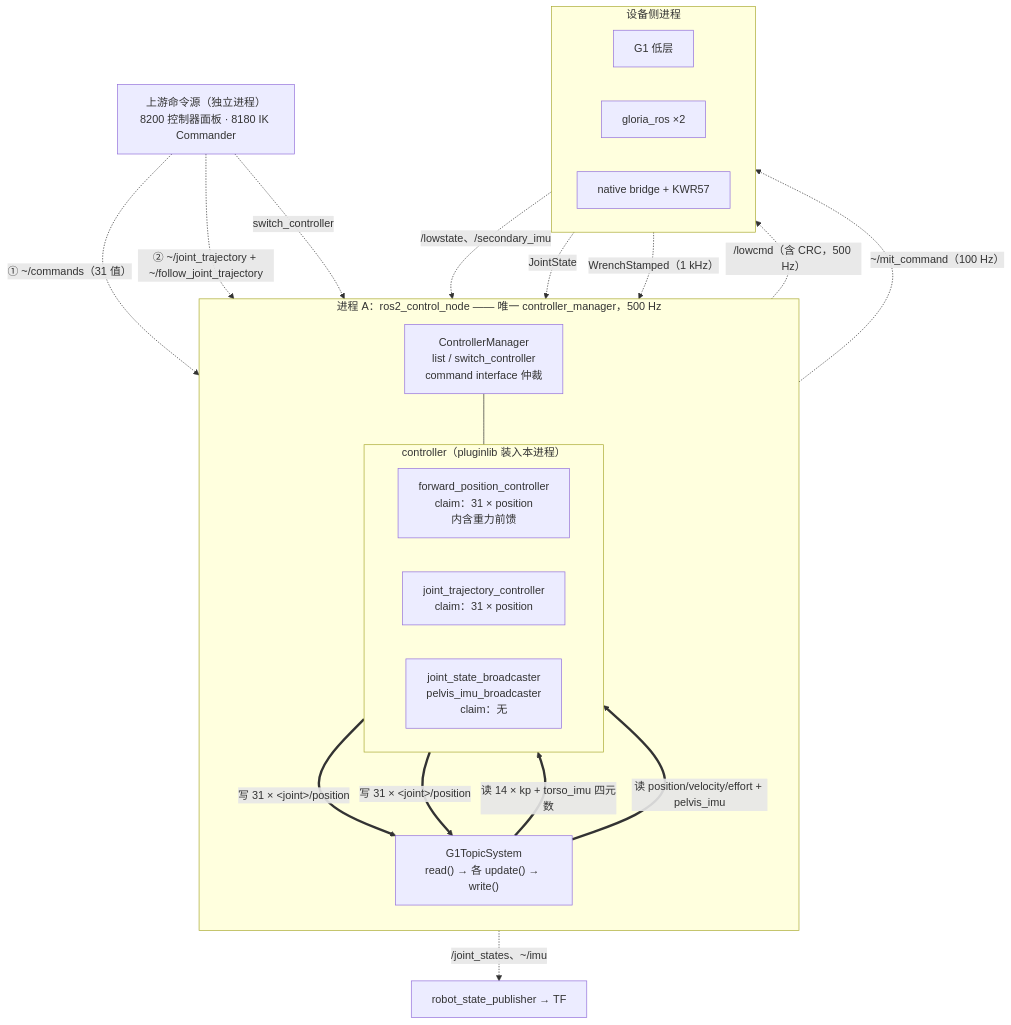
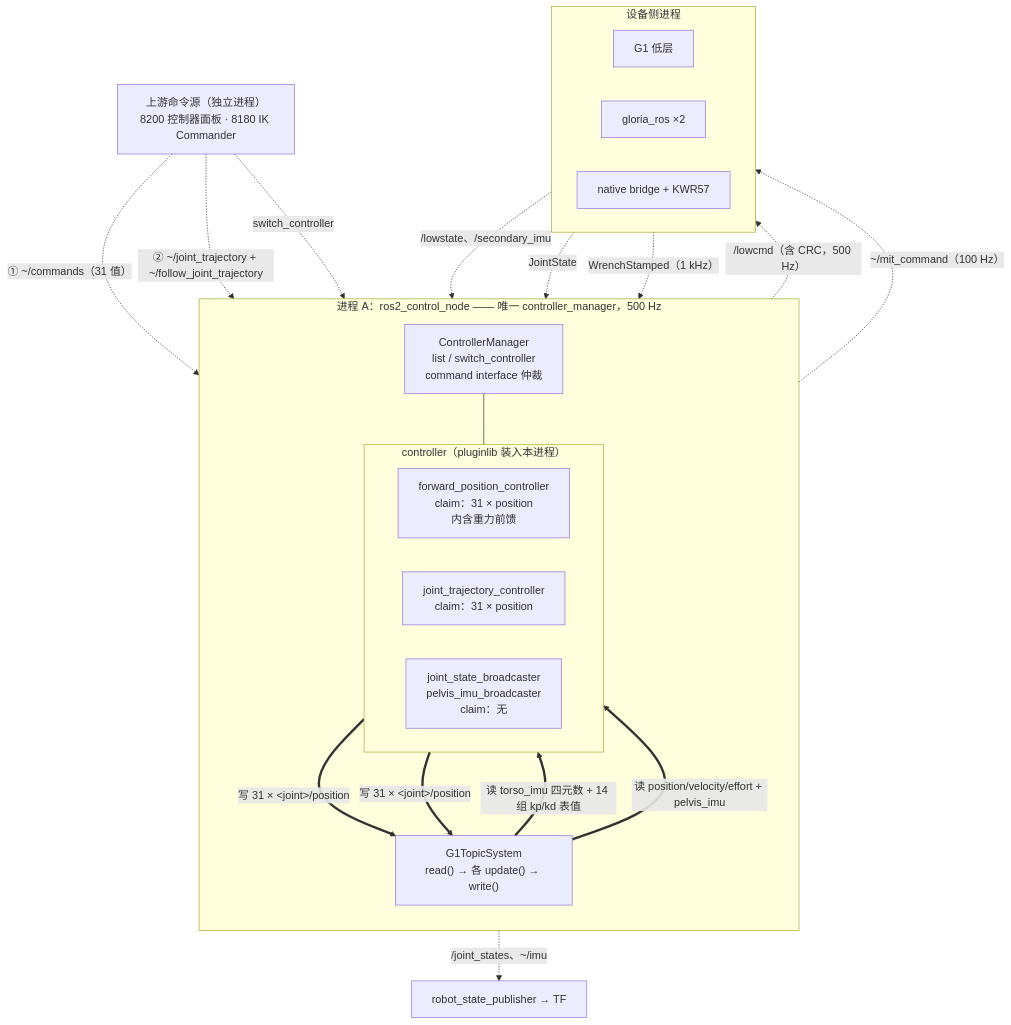
The first of 3 diagrams in src/unitree_g1_ros2_control/README.md (yizhongzhang1989/Unitree_G1_Workspace), drawn with Mermaid before and after one commit. The commit also changed other lines of this file and 48 other files, not shown here.

````diff
--- a/src/unitree_g1_ros2_control/README.md
+++ b/src/unitree_g1_ros2_control/README.md
@@ -34,42 +34,42 @@
 ```mermaid
 flowchart TB
   UP["上游命令源（独立进程）<br/>8200 控制器面板 · 8180 IK Commander"]
 
   subgraph P1["进程 A：ros2_control_node —— 唯一 controller_manager，500 Hz"]
     direction TB
     CM["ControllerManager<br/>list / switch_controller<br/>command interface 仲裁"]
     subgraph CTRL["controller（pluginlib 装入本进程）"]
       direction LR
       FPC["forward_position_controller<br/>claim：31 × position<br/>内含重力前馈"]
       JTC["joint_trajectory_controller<br/>claim：31 × position"]
       BC["joint_state_broadcaster<br/>pelvis_imu_broadcaster<br/>claim：无"]
     end
     HW["G1TopicSystem<br/>read() → 各 update() → write()"]
   end
 
   subgraph DEV["设备侧进程"]
     direction LR
     G1["G1 低层"]
     GLO["gloria_ros ×2"]
     BRG["native bridge + KWR57"]
   end
 
   RSP["robot_state_publisher → TF"]
 
   UP -. "① ~/commands（31 值）" .-> FPC
   UP -. "② ~/joint_trajectory + ~/follow_joint_trajectory" .-> JTC
   UP -. "switch_controller" .-> CM
   CM --- CTRL
 
   FPC ==> |"写 31 × &lt;joint&gt;/position"| HW
   JTC ==> |"写 31 × &lt;joint&gt;/position"| HW
-  HW ==> |"读 14 × kp + torso_imu 四元数"| FPC
+  HW ==> |"读 torso_imu 四元数 + 14 组 kp/kd 表值"| FPC
   HW ==> |"读 position/velocity/effort + pelvis_imu"| BC
 
   HW -. "/lowcmd（含 CRC，500 Hz）" .-> G1
   G1 -. "/lowstate、/secondary_imu" .-> HW
   HW -. "~/mit_command（100 Hz）" .-> GLO
   GLO -. "JointState" .-> HW
   BRG -. "WrenchStamped（1 kHz）" .-> HW
   BC -. "/joint_states、~/imu" .-> RSP
 ```
````
